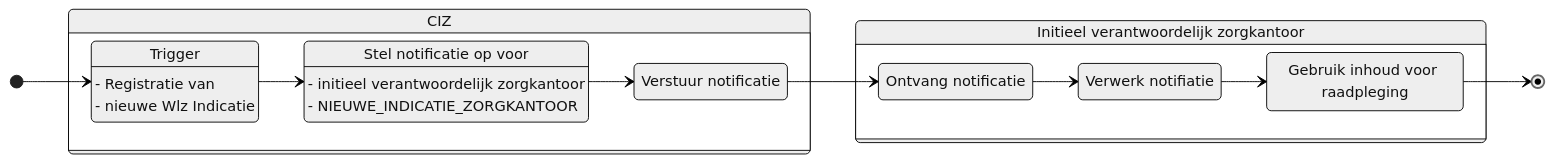
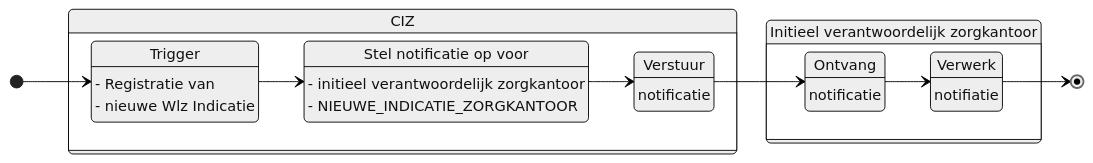
One commit to iStandaarden/iWlz-indicatie changed the diagram in notificaties/nieuwe_indicatie_zorgkantoor.md. Above: the diagram before and after it, drawn with Mermaid.

Commit message:
update not1

````diff
--- a/notificaties/nieuwe_indicatie_zorgkantoor.md
+++ b/notificaties/nieuwe_indicatie_zorgkantoor.md
@@ -16,41 +16,41 @@
 ```mermaid
 ---
 config:
   theme: neutral
   look: classic
 ---
 stateDiagram
   direction LR
   state verzender {
     direction TB
     trigger --> opstellen
     opstellen --> verstuur
     trigger
     opstellen
     verstuur
   }
   state ontvanger {
     direction TB
     ontvang --> verwerk
-    verwerk --> gebruik
     ontvang
     verwerk
-    gebruik
   }
   [*] --> trigger
   verstuur --> ontvang
-  gebruik --> [*]
+  verwerk --> [*]
   verzender:CIZ
   trigger:Trigger
 trigger:- Registratie van
 trigger:- nieuwe Wlz Indicatie
   opstellen:Stel notificatie op voor
 opstellen:- initieel verantwoordelijk zorgkantoor
 opstellen:- NIEUWE_INDICATIE_ZORGKANTOOR
-  verstuur:Verstuur notificatie
+  verstuur:Verstuur 
+  verstuur: notificatie
   ontvanger:Initieel verantwoordelijk zorgkantoor
-  ontvang:Ontvang notificatie
-  verwerk:Verwerk notifiatie
-  gebruik:Gebruik inhoud voor raadpleging
+  ontvang:Ontvang 
+  ontvang:notificatie
+  verwerk:Verwerk 
+  verwerk:notifiatie
 
 ```
````
